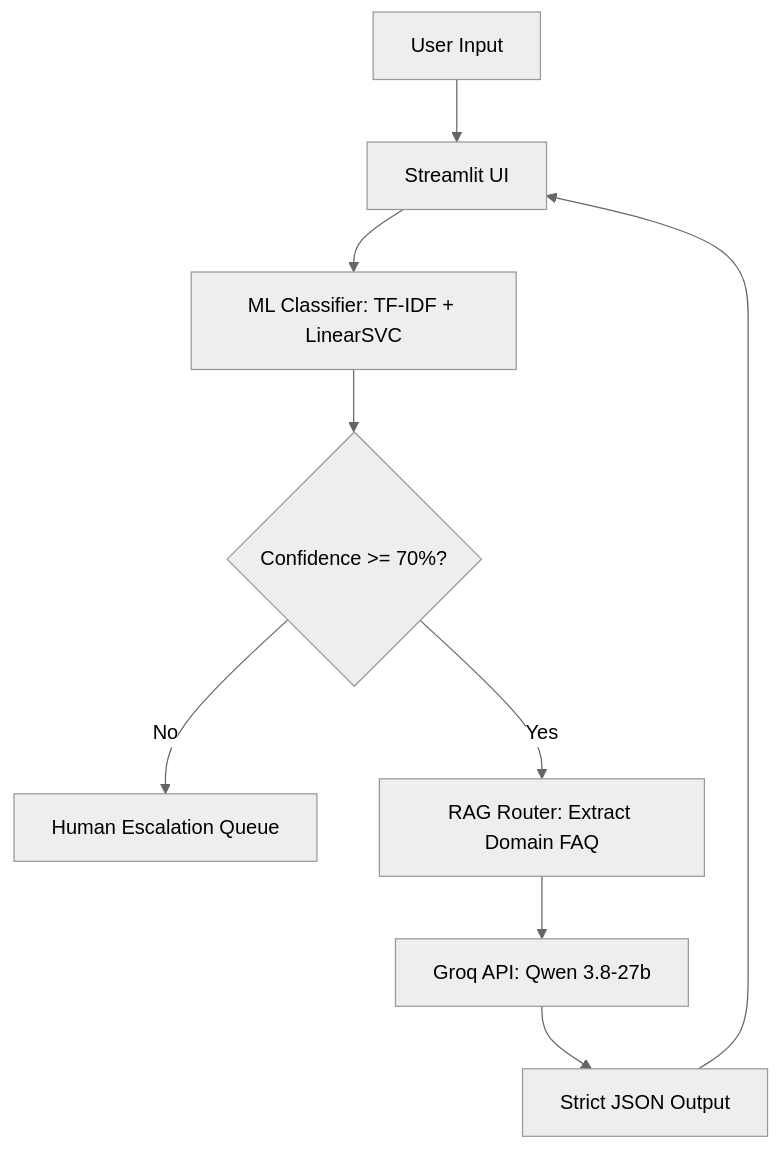
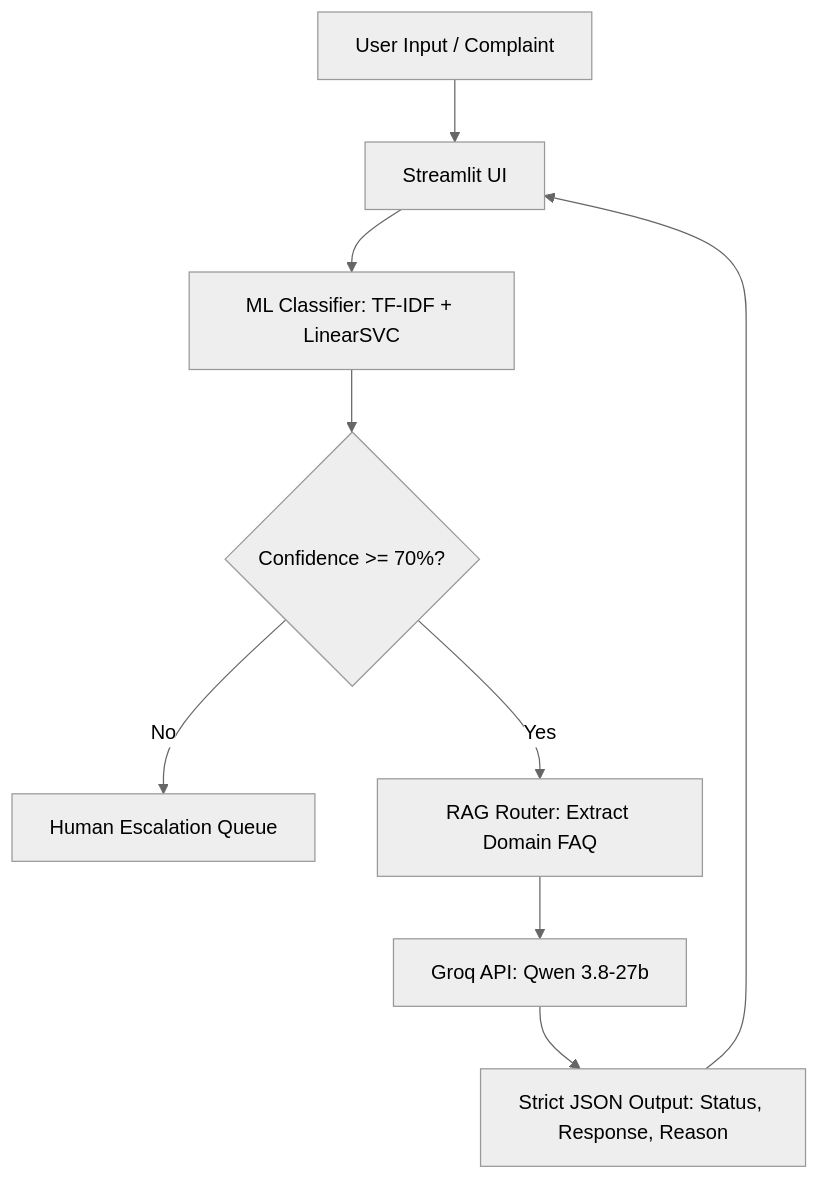
The diagram in README.md (moustafa-ash/customer-complains-classification-nti-final), drawn with Mermaid (neutral theme) before and after one commit. The commit also changed other lines of this file, not shown here.

````diff
--- a/README.md
+++ b/README.md
@@ -11,11 +35,11 @@
 ```mermaid
 graph TD
-    A[User Input] --> B[Streamlit UI]
+    A[User Input / Complaint] --> B[Streamlit UI]
     B --> C[ML Classifier: TF-IDF + LinearSVC]
     C --> D{Confidence >= 70%?}
     D -- No --> E[Human Escalation Queue]
     D -- Yes --> F[RAG Router: Extract Domain FAQ]
     F --> G[Groq API: Qwen 3.8-27b]
-    G --> H[Strict JSON Output]
+    G --> H[Strict JSON Output: Status, Response, Reason]
     H --> B
 ```
````
